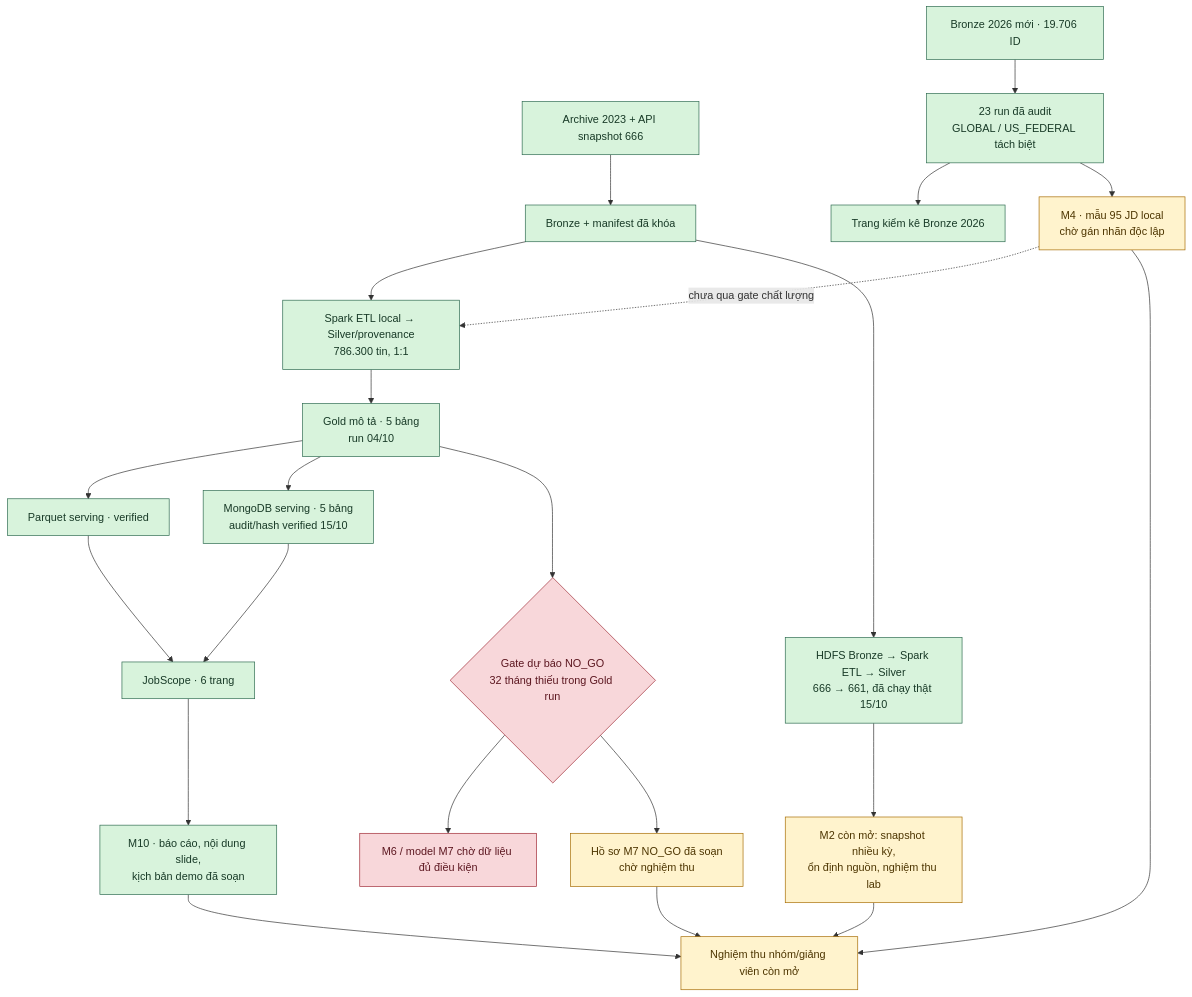
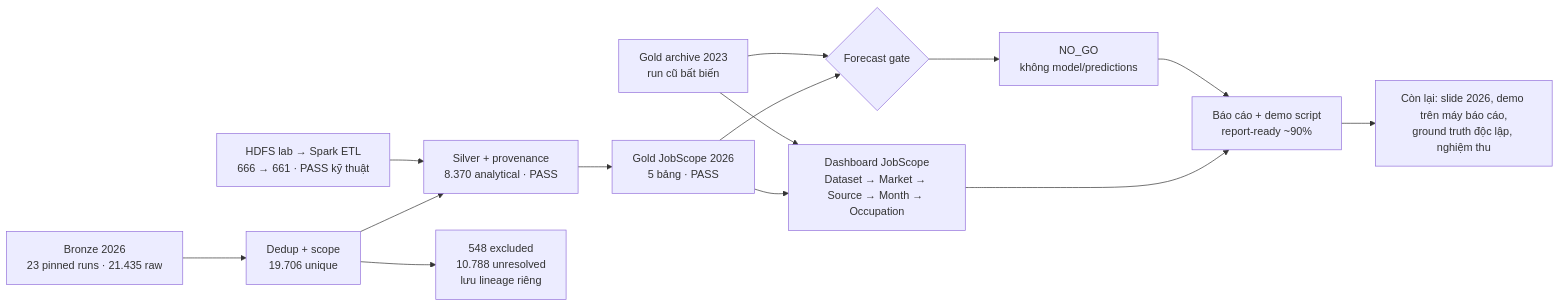
One commit to klongnguyen/BigData-IT-Job-Skill-Analytics changed the diagram in docs/planning/PROJECT_PROGRESS_DIAGRAM_2026-10-15.md. Above: the diagram before and after it, drawn with Mermaid. The commit also changed other lines of this file and 42 other files, not shown here.

````diff
--- a/docs/planning/PROJECT_PROGRESS_DIAGRAM_2026-10-15.md
+++ b/docs/planning/PROJECT_PROGRESS_DIAGRAM_2026-10-15.md
@@ -5,34 +5,16 @@
 ```mermaid
-flowchart TB
-    A["Archive 2023 + API snapshot 666"] --> B["Bronze + manifest đã khóa"]
-    B --> C["Spark ETL local → Silver/provenance<br/>786.300 tin, 1:1"]
-    C --> D["Gold mô tả · 5 bảng<br/>run 04/10"]
-    D --> E["Parquet serving · verified"]
-    D --> M["MongoDB serving · 5 bảng<br/>audit/hash verified 15/10"]
-    E --> F["JobScope · 6 trang"]
-    M --> F
-    B --> H["HDFS Bronze → Spark ETL → Silver<br/>666 → 661, đã chạy thật 15/10"]
-    H --> H2["M2 còn mở: snapshot nhiều kỳ,<br/>ổn định nguồn, nghiệm thu lab"]
-
-    N["Bronze 2026 mới · 19.706 ID"] --> N2["23 run đã audit<br/>GLOBAL / US_FEDERAL tách biệt"]
-    N2 --> V["Trang kiểm kê Bronze 2026"]
-    N2 --> L["M4 · mẫu 95 JD local<br/>chờ gán nhãn độc lập"]
-    L -. "chưa qua gate chất lượng" .-> C
-
-    D --> G{"Gate dự báo NO_GO<br/>32 tháng thiếu trong Gold run"}
-    G --> G1["M6 / model M7 chờ dữ liệu đủ điều kiện"]
-    G --> G2["Hồ sơ M7 NO_GO đã soạn<br/>chờ nghiệm thu"]
-
-    F --> Z["M10 · báo cáo, nội dung slide,<br/>kịch bản demo đã soạn"]
-    H2 --> Z2["Nghiệm thu nhóm/giảng viên còn mở"]
-    G2 --> Z2
-    L --> Z2
-    Z --> Z2
-
-    classDef done fill:#d8f3dc,stroke:#2d6a4f,color:#183a27;
-    classDef pending fill:#fff3cd,stroke:#a66b00,color:#4d3500;
-    classDef blocked fill:#f8d7da,stroke:#a02a35,color:#5c1720;
-    class A,B,C,D,E,F,H,M,N,N2,V,Z done;
-    class H2,L,G2,Z2 pending;
-    class G,G1 blocked;
+flowchart LR
+    A["Bronze 2026<br/>23 pinned runs · 21.435 raw"] --> B["Dedup + scope<br/>19.706 unique"]
+    B --> C["Silver + provenance<br/>8.370 analytical · PASS"]
+    B --> X["548 excluded<br/>10.788 unresolved<br/>lưu lineage riêng"]
+    C --> D["Gold JobScope 2026<br/>5 bảng · PASS"]
+    D --> E["Dashboard JobScope<br/>Dataset → Market → Source → Month → Occupation"]
+    L["Gold archive 2023<br/>run cũ bất biến"] --> E
+    D --> G{"Forecast gate"}
+    L --> G
+    G --> N["NO_GO<br/>không model/predictions"]
+    H["HDFS lab → Spark ETL<br/>666 → 661 · PASS kỹ thuật"] --> C
+    E --> R["Báo cáo + demo script<br/>report-ready ~90%"]
+    N --> R
+    R --> T["Còn lại: slide 2026, demo trên máy báo cáo,<br/>ground truth độc lập, nghiệm thu"]
 ```
````
